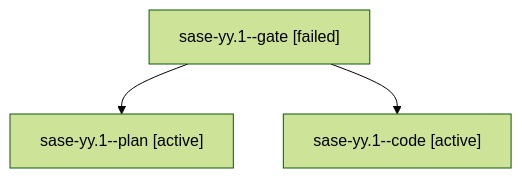
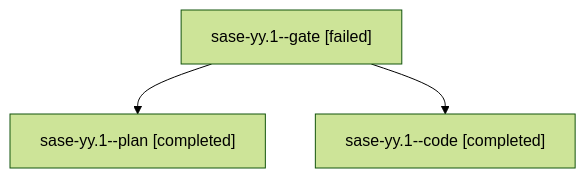
Before and after one commit to sase-org/sase--agents: the diagram in families/bbugyi200.athena.sase-yy.1.md, drawn with Mermaid (forest theme). The commit also changed other lines of this file and 27 other files, not shown here.

````diff
--- a/families/bbugyi200.athena.sase-yy.1.md
+++ b/families/bbugyi200.athena.sase-yy.1.md
@@ -9,8 +9,8 @@
 ```mermaid
 flowchart TD
   n0["sase-yy.1--gate [failed]"]
-  n1["sase-yy.1--plan [active]"]
+  n1["sase-yy.1--plan [completed]"]
   n0 --> n1
-  n2["sase-yy.1--code [active]"]
+  n2["sase-yy.1--code [completed]"]
   n0 --> n2
 ```
````
